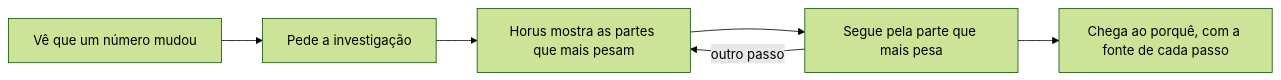
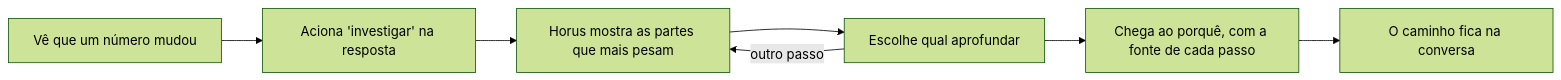
One commit to fabioabr/horus-v2-docs changed the diagram in docs/leitura/mfs/mf-119-investigacao-guiada.md. Above: the diagram before and after it, drawn with Mermaid (forest theme). The commit also changed other lines of this file and 25 other files, not shown here.

````diff
--- a/docs/leitura/mfs/mf-119-investigacao-guiada.md
+++ b/docs/leitura/mfs/mf-119-investigacao-guiada.md
@@ -86,8 +93,9 @@
 ```mermaid
 flowchart LR
-  a[Vê que um número mudou] --> b[Pede a investigação]
+  a[Vê que um número mudou] --> b["Aciona 'investigar' na resposta"]
   b --> c[Horus mostra as partes que mais pesam]
-  c --> d[Segue pela parte que mais pesa]
+  c --> d[Escolhe qual aprofundar]
   d -->|outro passo| c
   d --> e[Chega ao porquê, com a fonte de cada passo]
+  e --> f[O caminho fica na conversa]
 ```
````
